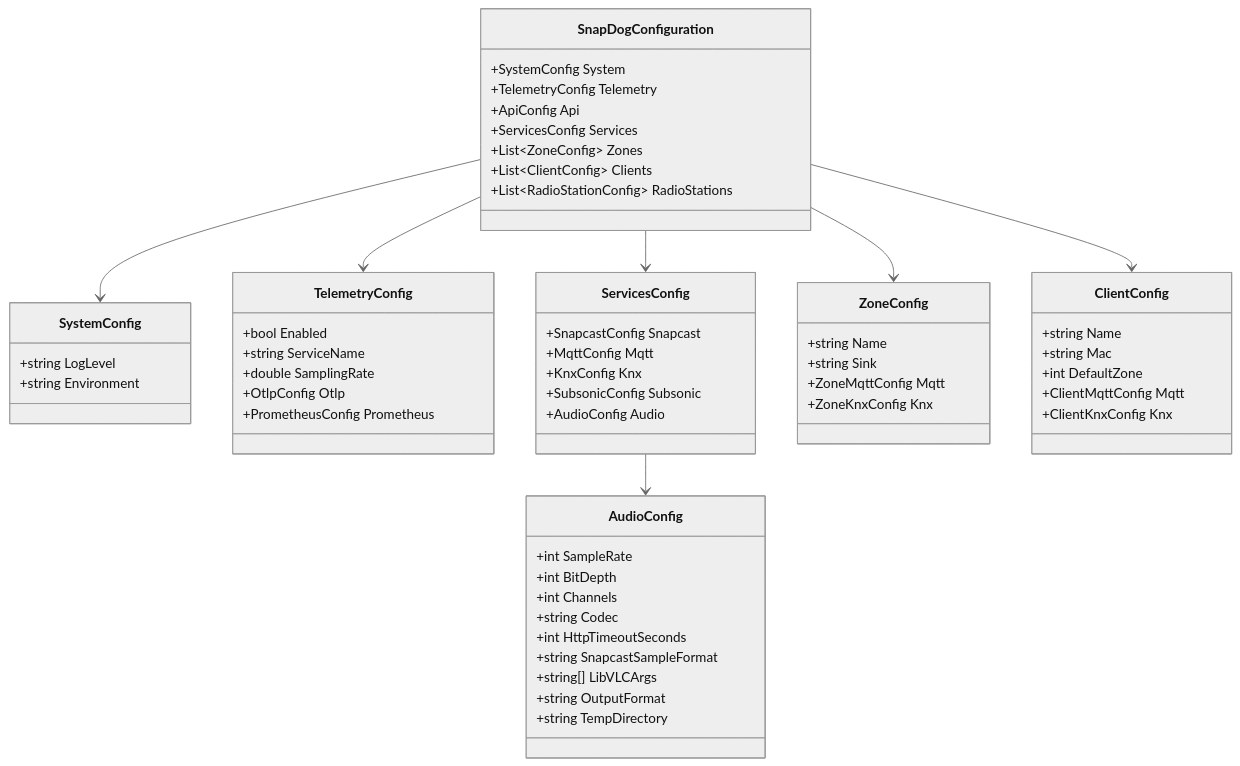
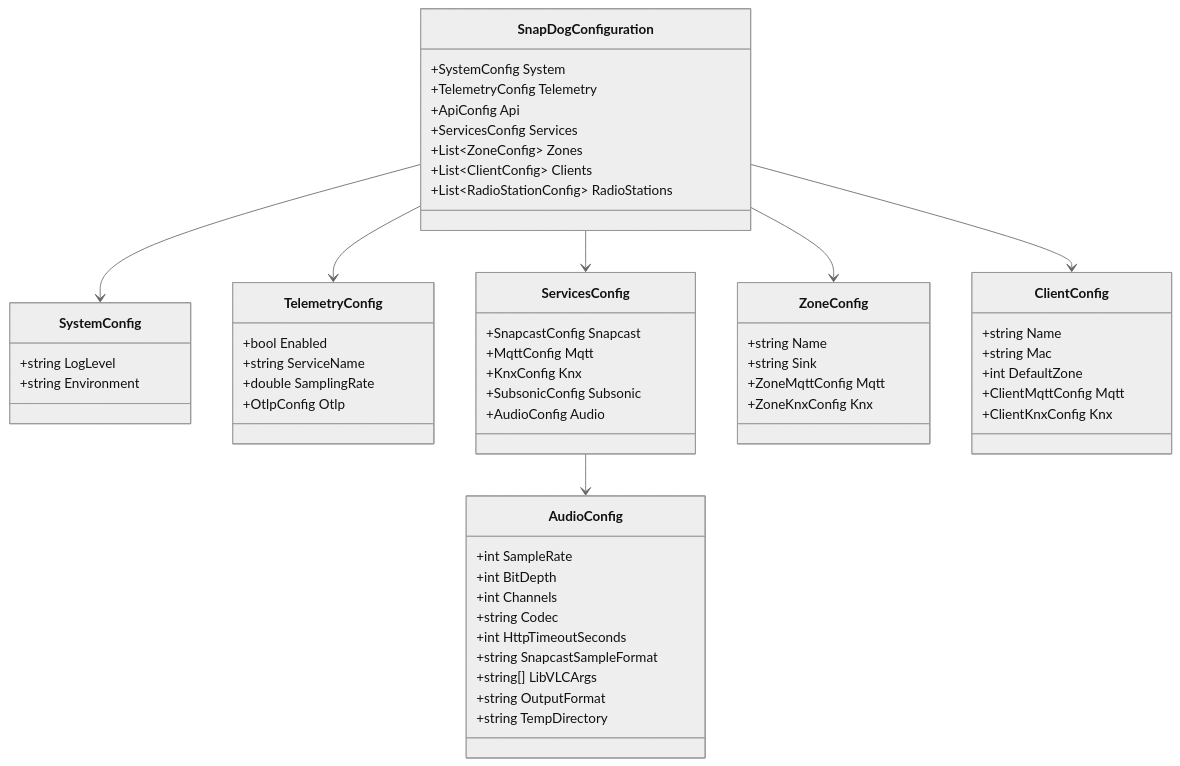
One commit to metaneutrons/snapdog2 changed the diagram in docs/blueprint/10-configuration-system.md. Above: the diagram before and after it, drawn with Mermaid (neutral theme). The commit also changed other lines of this file and 1 other file, not shown here.

````diff
--- a/docs/blueprint/10-configuration-system.md
+++ b/docs/blueprint/10-configuration-system.md
@@ -11,67 +11,66 @@
 ```mermaid
 classDiagram
     class SnapDogConfiguration {
         +SystemConfig System
         +TelemetryConfig Telemetry
         +ApiConfig Api
         +ServicesConfig Services
         +List~ZoneConfig~ Zones
         +List~ClientConfig~ Clients
         +List~RadioStationConfig~ RadioStations
     }
 
     class SystemConfig {
         +string LogLevel
         +string Environment
     }
 
     class TelemetryConfig {
         +bool Enabled
         +string ServiceName
         +double SamplingRate
         +OtlpConfig Otlp
-        +PrometheusConfig Prometheus
     }
 
     class ServicesConfig {
         +SnapcastConfig Snapcast
         +MqttConfig Mqtt
         +KnxConfig Knx
         +SubsonicConfig Subsonic
         +AudioConfig Audio
     }
 
     class ZoneConfig {
         +string Name
         +string Sink
         +ZoneMqttConfig Mqtt
         +ZoneKnxConfig Knx
     }
 
     class ClientConfig {
         +string Name
         +string Mac
         +int DefaultZone
         +ClientMqttConfig Mqtt
         +ClientKnxConfig Knx
     }
 
     class AudioConfig {
         +int SampleRate
         +int BitDepth
         +int Channels
         +string Codec
         +int HttpTimeoutSeconds
         +string SnapcastSampleFormat
         +string[] LibVLCArgs
         +string OutputFormat
         +string TempDirectory
     }
 
     SnapDogConfiguration --> SystemConfig
     SnapDogConfiguration --> TelemetryConfig
     SnapDogConfiguration --> ServicesConfig
     SnapDogConfiguration --> ZoneConfig
     SnapDogConfiguration --> ClientConfig
     ServicesConfig --> AudioConfig
 ```
````
